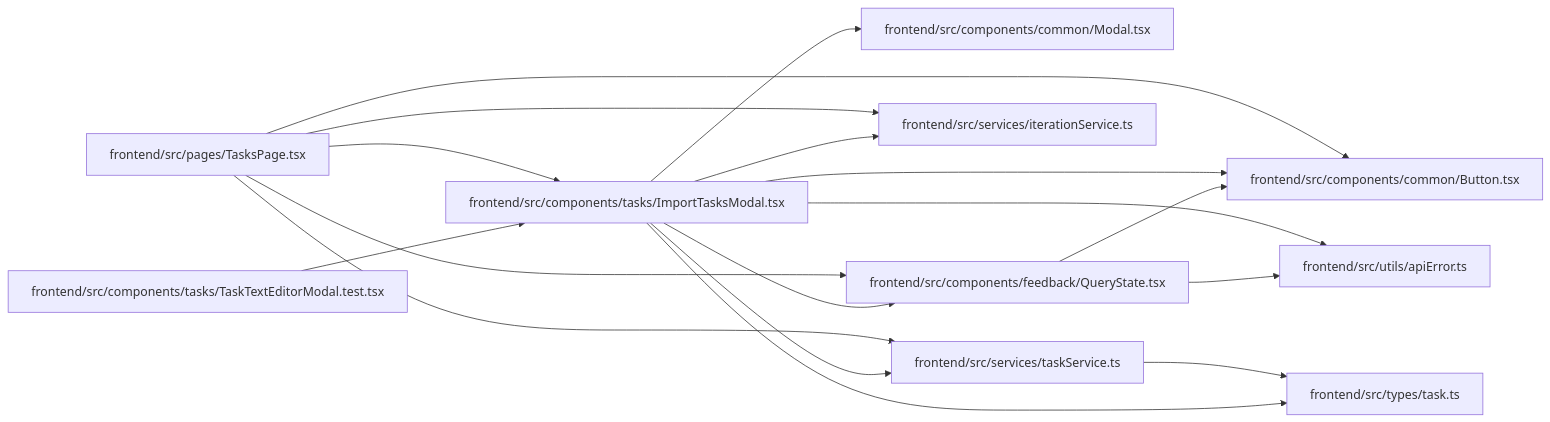
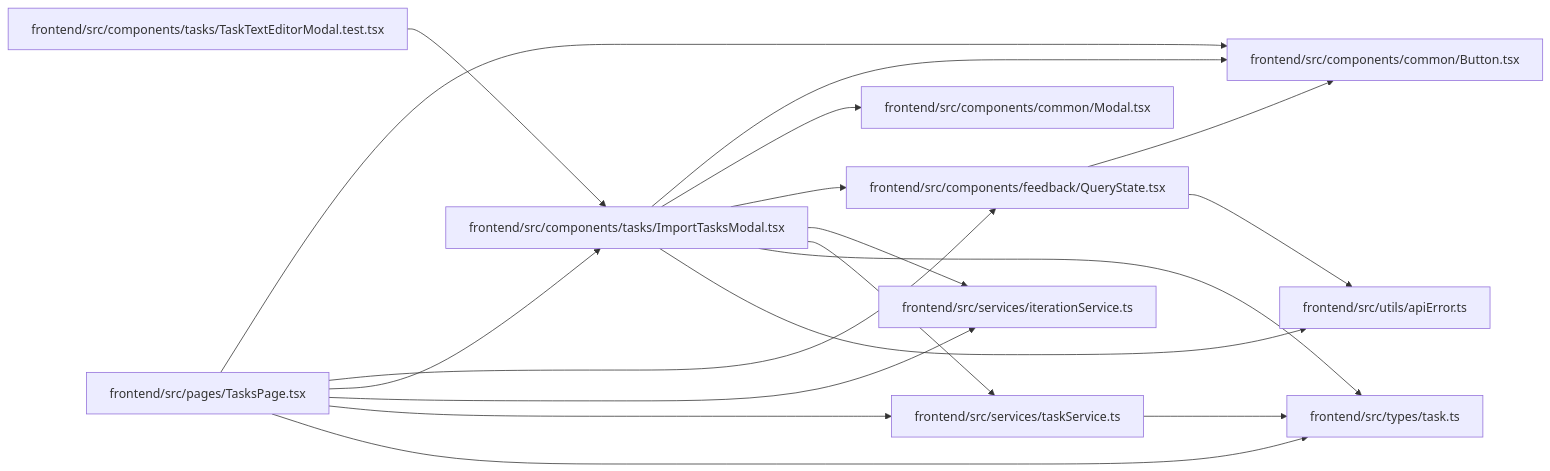
One commit to Denissvgn/WorkChord changed the diagram in docs/llm_wiki/modules/ImportTasksModal.md. Above: the diagram before and after it, drawn with Mermaid. The commit also changed 375 other files, not shown here.

````diff
--- a/docs/llm_wiki/modules/ImportTasksModal.md
+++ b/docs/llm_wiki/modules/ImportTasksModal.md
@@ -39,39 +39,40 @@
 ```mermaid
 flowchart LR
     n0["frontend/src/components/common/Button.tsx"]
     n1["frontend/src/components/common/Modal.tsx"]
     n2["frontend/src/components/feedback/QueryState.tsx"]
     n3["frontend/src/components/tasks/ImportTasksModal.tsx"]
     n4["frontend/src/components/tasks/TaskTextEditorModal.test.tsx"]
     n5["frontend/src/pages/TasksPage.tsx"]
     n6["frontend/src/services/iterationService.ts"]
     n7["frontend/src/services/taskService.ts"]
     n8["frontend/src/types/task.ts"]
     n9["frontend/src/utils/apiError.ts"]
     n2 --> n0
     n2 --> n9
     n3 --> n0
     n3 --> n1
     n3 --> n2
     n3 --> n6
     n3 --> n7
     n3 --> n8
     n3 --> n9
     n4 --> n3
     n5 --> n0
     n5 --> n2
     n5 --> n3
     n5 --> n6
     n5 --> n7
+    n5 --> n8
     n7 --> n8
     click n0 "../modules/Button.md"
     click n1 "../modules/Modal.md"
     click n2 "../modules/QueryState.md"
     click n3 "../modules/ImportTasksModal.md"
     click n4 "../modules/TaskTextEditorModal.test.md"
     click n5 "../modules/TasksPage.md"
     click n6 "../modules/iterationService.md"
     click n7 "../modules/taskService.md"
     click n8 "../modules/types_task.md"
     click n9 "../modules/apiError.md"
 ```
````
